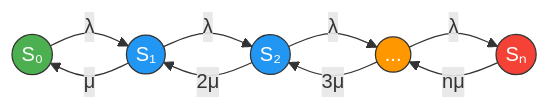
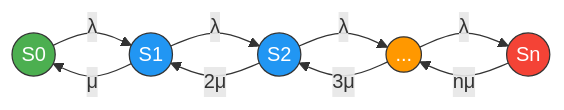
The fourth of 5 diagrams in docs/05-queueing-basics.md (stareeg/simulation-modeling-notes), drawn with Mermaid before and after one commit. The commit also changed other lines of this file and 14 other files, not shown here.

````diff
--- a/docs/05-queueing-basics.md
+++ b/docs/05-queueing-basics.md
@@ -364,17 +393,17 @@
 ```mermaid
 graph LR
-    S0(("S₀")) -->|"λ"| S1(("S₁"))
+    S0(("S0")) -->|"λ"| S1(("S1"))
     S1 -->|"μ"| S0
-    S1 -->|"λ"| S2(("S₂"))
+    S1 -->|"λ"| S2(("S2"))
     S2 -->|"2μ"| S1
     S2 -->|"λ"| S3(("..."))
     S3 -->|"3μ"| S2
-    S3 -->|"λ"| Sn(("Sₙ"))
+    S3 -->|"λ"| Sn(("Sn"))
     Sn -->|"nμ"| S3
 
     style S0 fill:#4CAF50,stroke:#333,color:#fff
     style S1 fill:#2196F3,stroke:#333,color:#fff
     style S2 fill:#2196F3,stroke:#333,color:#fff
     style S3 fill:#FF9800,stroke:#333,color:#fff
     style Sn fill:#f44336,stroke:#333,color:#fff
 ```
````
